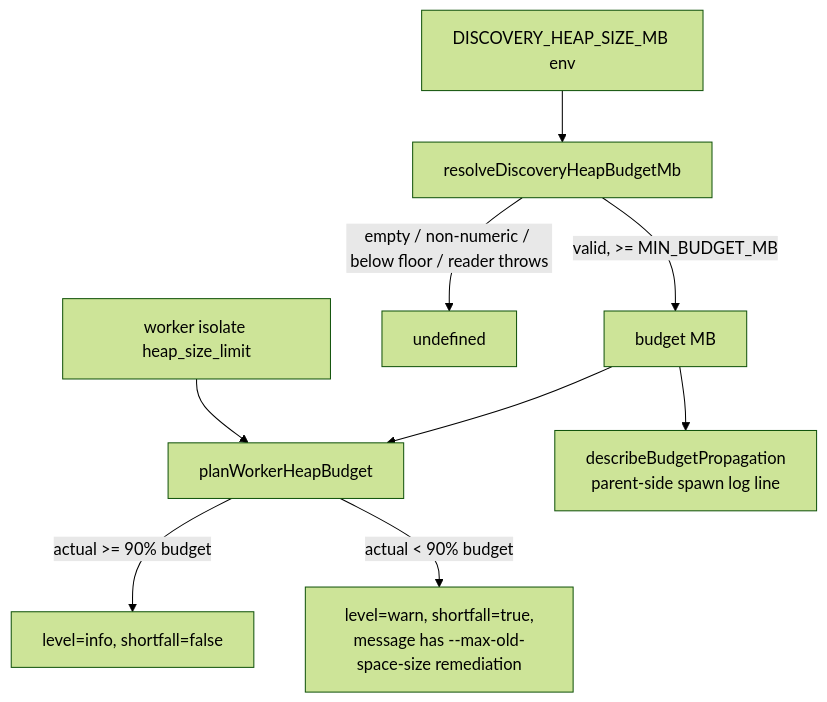
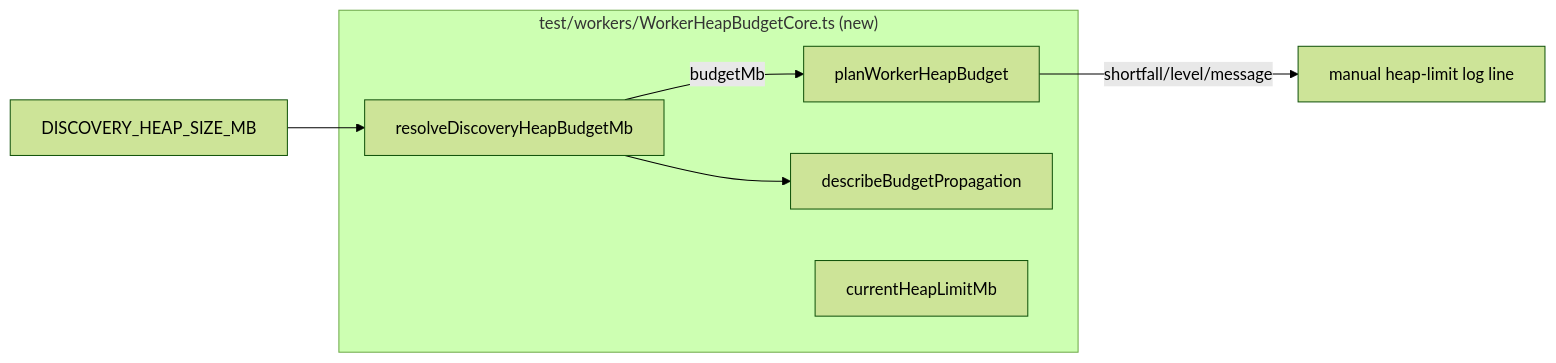
Before and after one commit to stSoftwareAU/NEAT-AI: the diagram in docs/archive/pr-summaries/pr-summary-3247.md, drawn with Mermaid (forest theme). The commit also changed other lines of this file, not shown here.

````diff
--- a/docs/archive/pr-summaries/pr-summary-3247.md
+++ b/docs/archive/pr-summaries/pr-summary-3247.md
@@ -36,11 +30,13 @@
 ```mermaid
-flowchart TD
-    A[DISCOVERY_HEAP_SIZE_MB env] --> B[resolveDiscoveryHeapBudgetMb]
-    B -->|valid, >= MIN_BUDGET_MB| C[budget MB]
-    B -->|empty / non-numeric / below floor / reader throws| D[undefined]
-    C --> E[planWorkerHeapBudget]
-    F[worker isolate heap_size_limit] --> E
-    E -->|actual >= 90% budget| G[level=info, shortfall=false]
-    E -->|actual < 90% budget| H[level=warn, shortfall=true,\nmessage has --max-old-space-size remediation]
-    C --> I[describeBudgetPropagation\nparent-side spawn log line]
+flowchart LR
+    Env[DISCOVERY_HEAP_SIZE_MB] --> R[resolveDiscoveryHeapBudgetMb]
+    R -->|budgetMb| P[planWorkerHeapBudget]
+    P -->|shortfall/level/message| Log[manual heap-limit log line]
+    R --> D[describeBudgetPropagation]
+    subgraph new["test/workers/WorkerHeapBudgetCore.ts (new)"]
+        R
+        P
+        D
+        H[currentHeapLimitMb]
+    end
 ```
````
